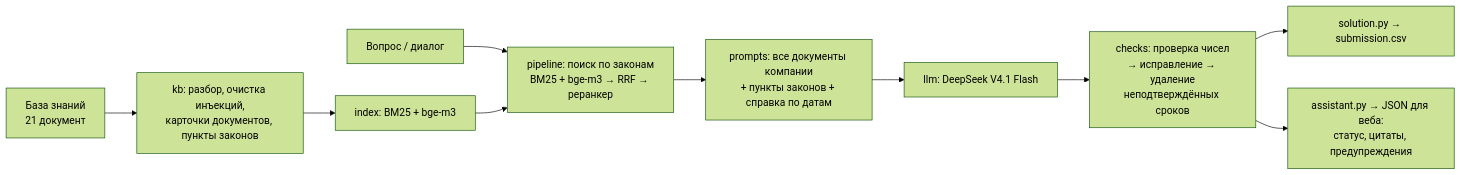
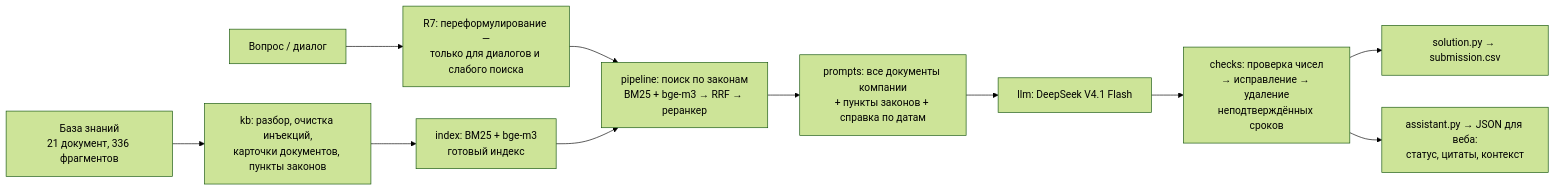
One commit to yenqo/hack-change-psb changed the diagram in README.md. Above: the diagram before and after it, drawn with Mermaid (forest theme). The commit also changed other lines of this file and 5 other files, not shown here.

````diff
--- a/README.md
+++ b/README.md
@@ -33,12 +34,13 @@
 ```mermaid
 flowchart LR
-    KB[База знаний<br/>21 документ] --> P[kb: разбор, очистка инъекций,<br/>карточки документов, пункты законов]
-    P --> I[index: BM25 + bge-m3]
-    Q[Вопрос / диалог] --> S[pipeline: поиск по законам<br/>BM25 + bge-m3 → RRF → реранкер]
+    KB[База знаний<br/>21 документ, 336 фрагментов] --> P[kb: разбор, очистка инъекций,<br/>карточки документов, пункты законов]
+    P --> I[index: BM25 + bge-m3<br/>готовый индекс]
+    Q[Вопрос / диалог] --> R[R7: переформулирование —<br/>только для диалогов и слабого поиска]
+    R --> S[pipeline: поиск по законам<br/>BM25 + bge-m3 → RRF → реранкер]
     I --> S
     S --> C[prompts: все документы компании<br/>+ пункты законов + справка по датам]
     C --> G[llm: DeepSeek V4.1 Flash]
     G --> V[checks: проверка чисел<br/>→ исправление → удаление<br/>неподтверждённых сроков]
     V --> O1[solution.py → submission.csv]
-    V --> O2[assistant.py → JSON для веба:<br/>статус, цитаты, предупреждения]
+    V --> O2[assistant.py → JSON для веба:<br/>статус, цитаты, контекст]
 ```
````
